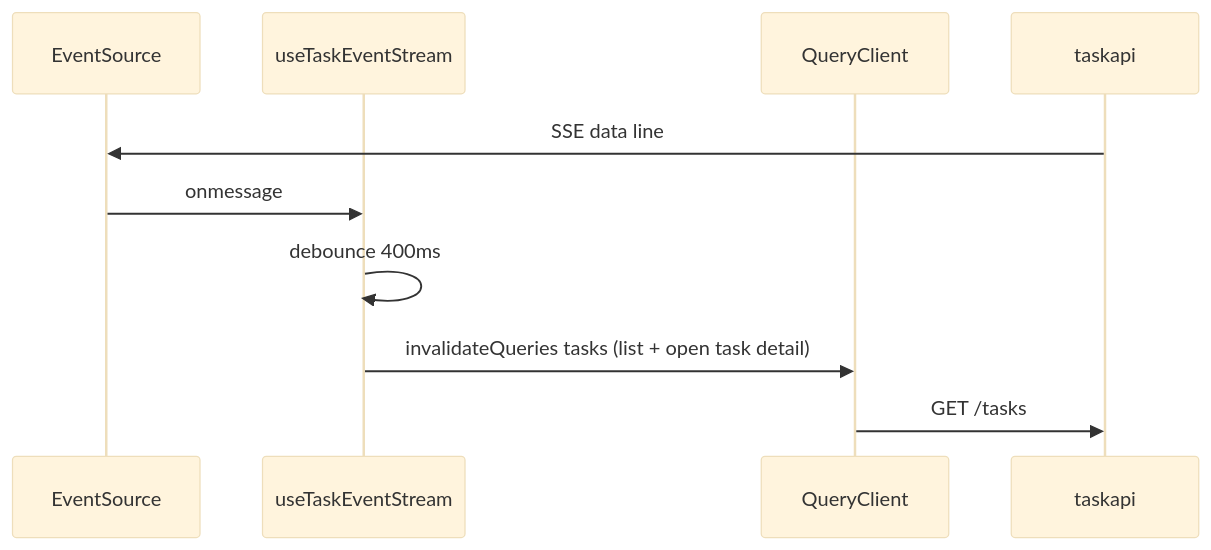
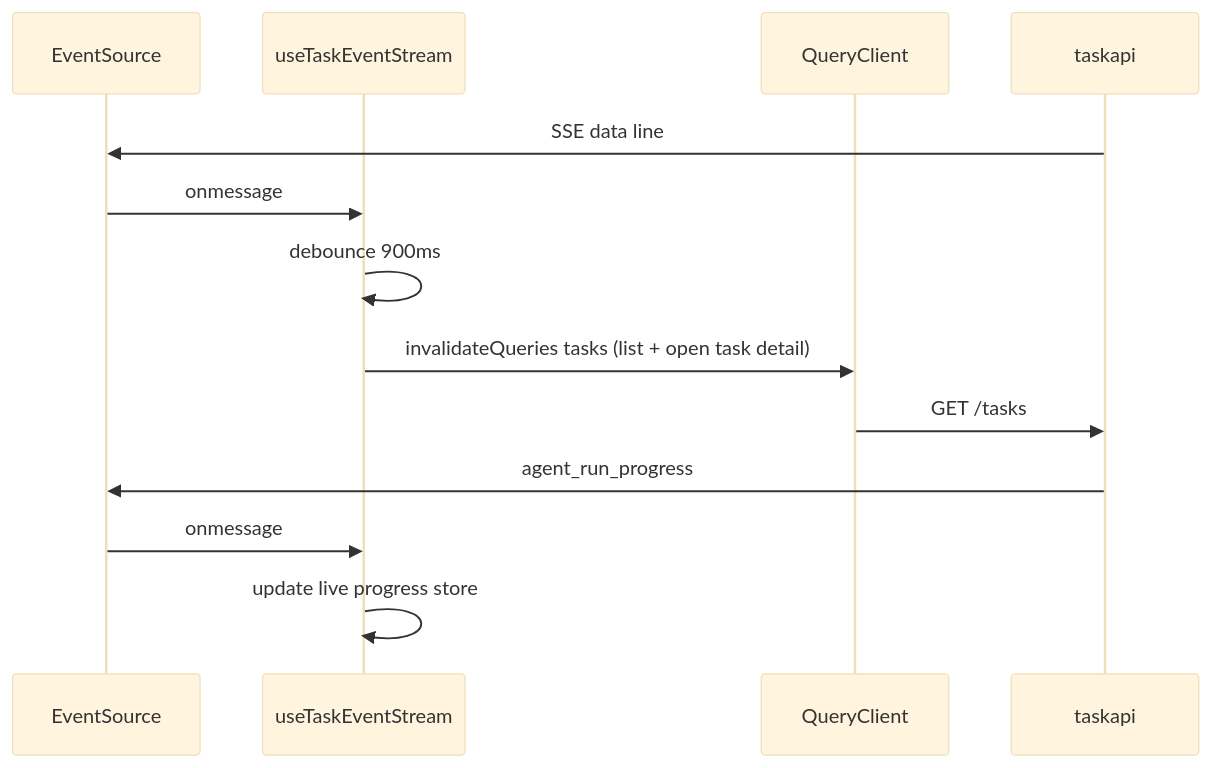
The third of 3 diagrams in docs/WEB.md (AlexsanderHamir/T2A), drawn with Mermaid (base theme) before and after one commit. The commit also changed other lines of this file and 40 other files, not shown here.

````diff
--- a/docs/WEB.md
+++ b/docs/WEB.md
@@ -74,13 +74,16 @@
 ```mermaid
 sequenceDiagram
   participant ES as EventSource
   participant Hook as useTaskEventStream
   participant QC as QueryClient
   participant H as taskapi
 
   H->>ES: SSE data line
   ES->>Hook: onmessage
-  Hook->>Hook: debounce 400ms
+  Hook->>Hook: debounce 900ms
   Hook->>QC: invalidateQueries tasks (list + open task detail)
   QC->>H: GET /tasks
+  H->>ES: agent_run_progress
+  ES->>Hook: onmessage
+  Hook->>Hook: update live progress store
 ```
````
